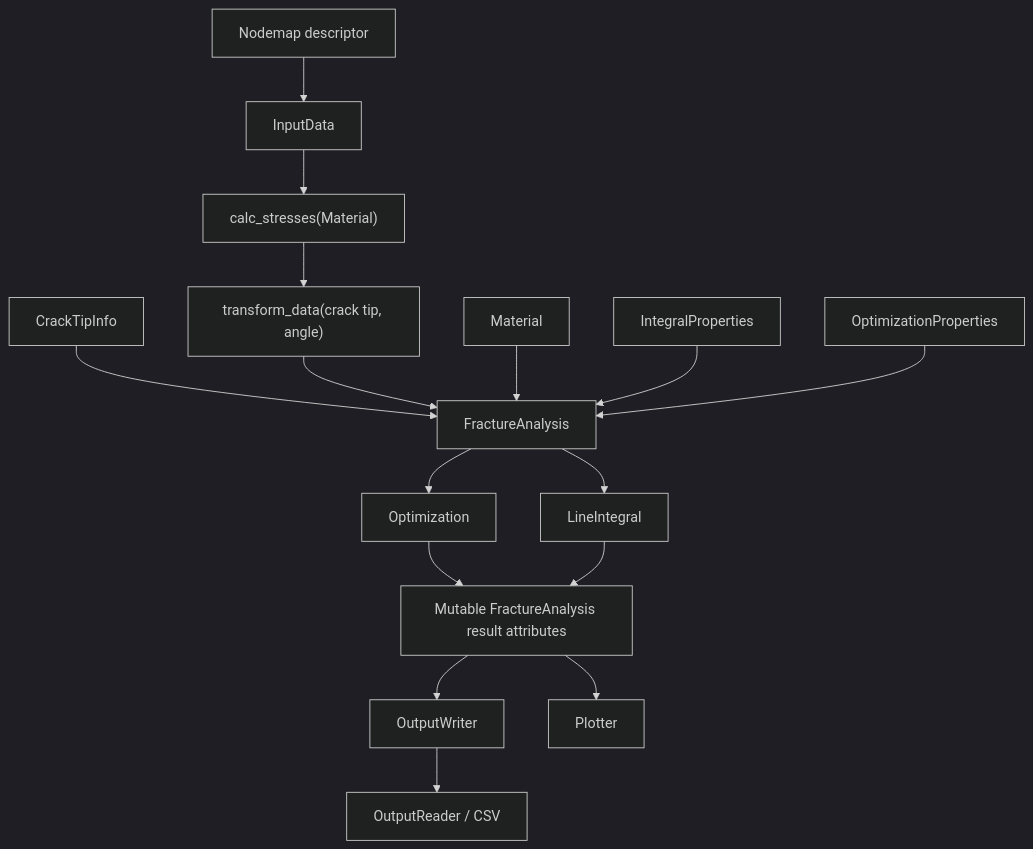
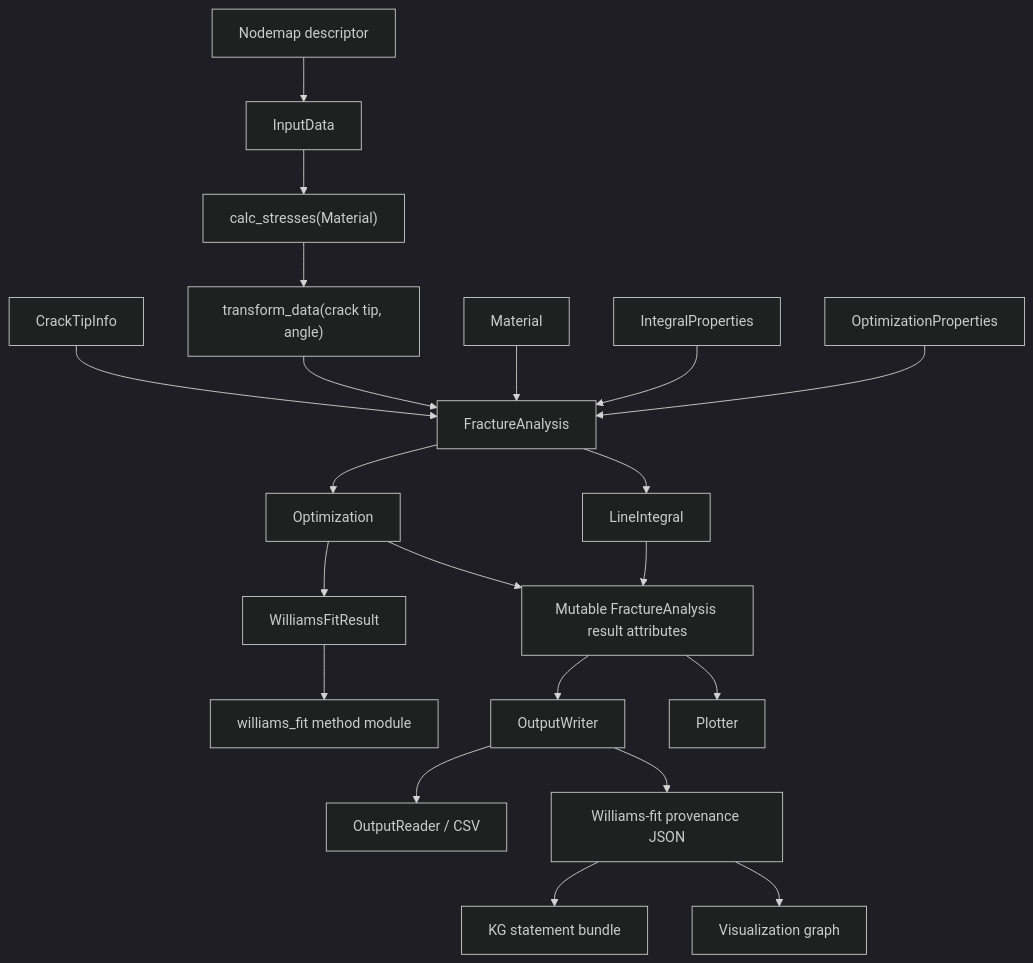
Before and after one commit to FerdiDoem/crackpy: the diagram in docs/architecture-wiki/system-map.md, drawn with Mermaid (dark theme). The commit also changed other lines of this file and 13 other files, not shown here.

````diff
--- a/docs/architecture-wiki/system-map.md
+++ b/docs/architecture-wiki/system-map.md
@@ -43,18 +51,23 @@
 ```mermaid
 flowchart TD
     NM["Nodemap descriptor"] --> ID["InputData"]
     ID --> ST["calc_stresses(Material)"]
     ST --> TR["transform_data(crack tip, angle)"]
     CI["CrackTipInfo"] --> FA["FractureAnalysis"]
     TR --> FA
     MAT["Material"] --> FA
     IP["IntegralProperties"] --> FA
     OP["OptimizationProperties"] --> FA
     FA --> OPT["Optimization"]
     FA --> LI["LineIntegral"]
     OPT --> FAR["Mutable FractureAnalysis result attributes"]
     LI --> FAR
+    OPT --> WFR["WilliamsFitResult"]
+    WFR --> WFM["williams_fit method module"]
     FAR --> OW["OutputWriter"]
     FAR --> PL["Plotter"]
     OW --> OR["OutputReader / CSV"]
+    OW --> WFP["Williams-fit provenance JSON"]
+    WFP --> KGB["KG statement bundle"]
+    WFP --> VG["Visualization graph"]
 ```
````
